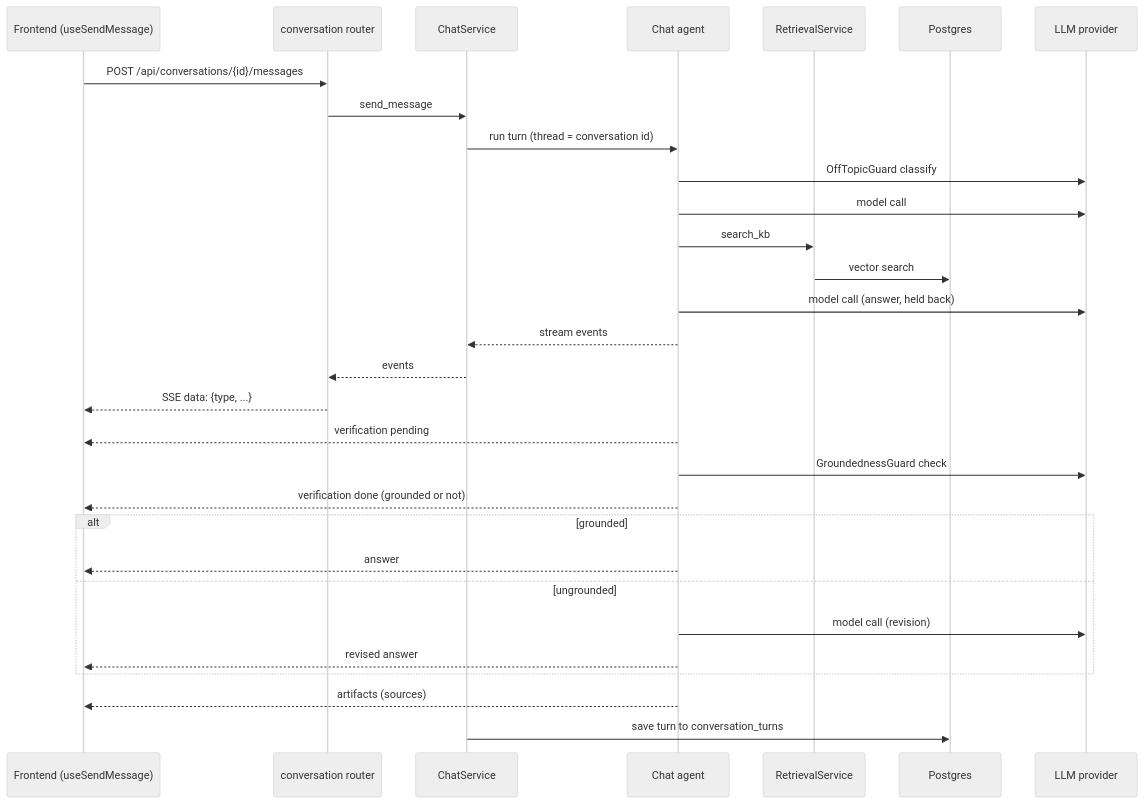
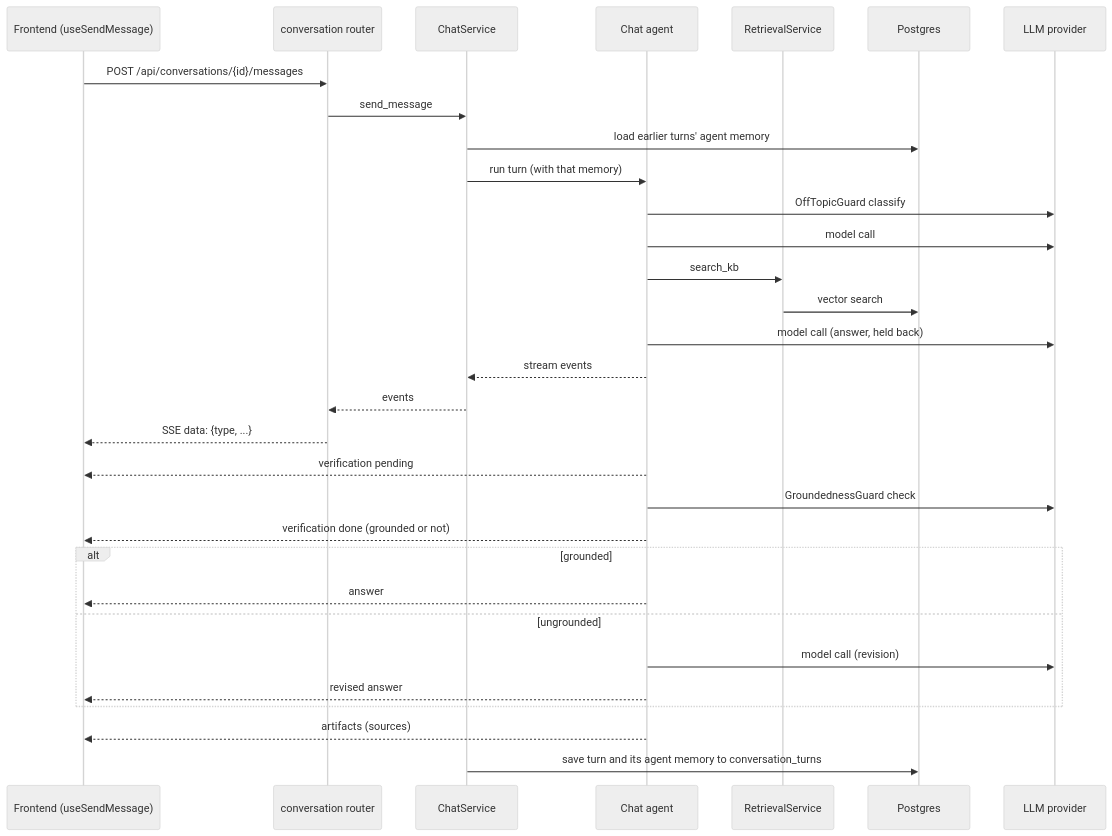
Before and after one commit to hadifar/rag: the diagram in docs/diagrams/chat-turn.md, drawn with Mermaid (neutral theme). The commit also changed 30 other files, not shown here.

Commit message:
refactor(chat): keep the agent's memory in conversation_turns

````diff
--- a/docs/diagrams/chat-turn.md
+++ b/docs/diagrams/chat-turn.md
@@ -3,33 +3,34 @@
 ```mermaid
 sequenceDiagram
     participant UI as Frontend (useSendMessage)
     participant R as conversation router
     participant CS as ChatService
     participant A as Chat agent
     participant KB as RetrievalService
     participant DB as Postgres
     participant LLM as LLM provider
 
     UI->>R: POST /api/conversations/{id}/messages
     R->>CS: send_message
-    CS->>A: run turn (thread = conversation id)
+    CS->>DB: load earlier turns' agent memory
+    CS->>A: run turn (with that memory)
     A->>LLM: OffTopicGuard classify
     A->>LLM: model call
     A->>KB: search_kb
     KB->>DB: vector search
     A->>LLM: model call (answer, held back)
     A-->>CS: stream events
     CS-->>R: events
     R-->>UI: SSE data: {type, ...}
     A-->>UI: verification pending
     A->>LLM: GroundednessGuard check
     A-->>UI: verification done (grounded or not)
     alt grounded
         A-->>UI: answer
     else ungrounded
         A->>LLM: model call (revision)
         A-->>UI: revised answer
     end
     A-->>UI: artifacts (sources)
-    CS->>DB: save turn to conversation_turns
+    CS->>DB: save turn and its agent memory to conversation_turns
 ```
````
